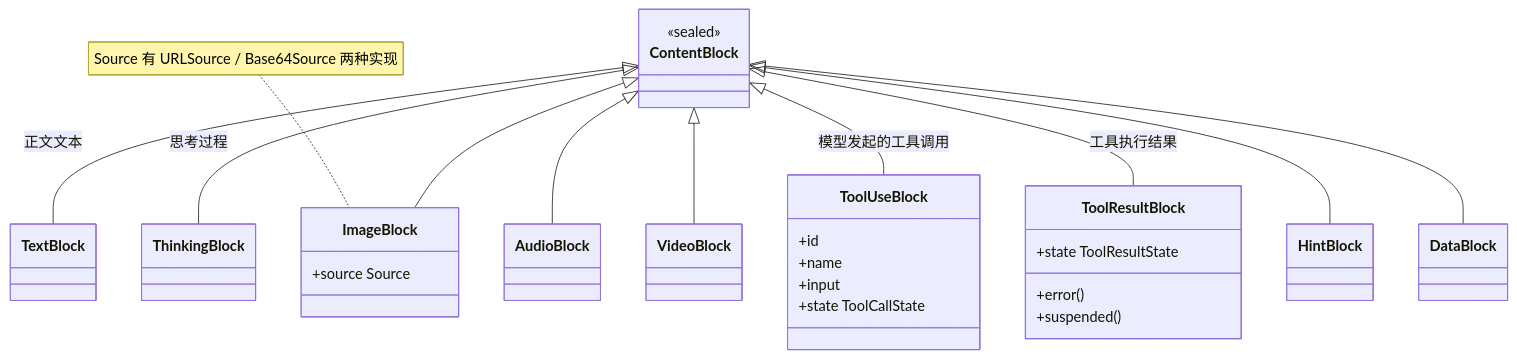
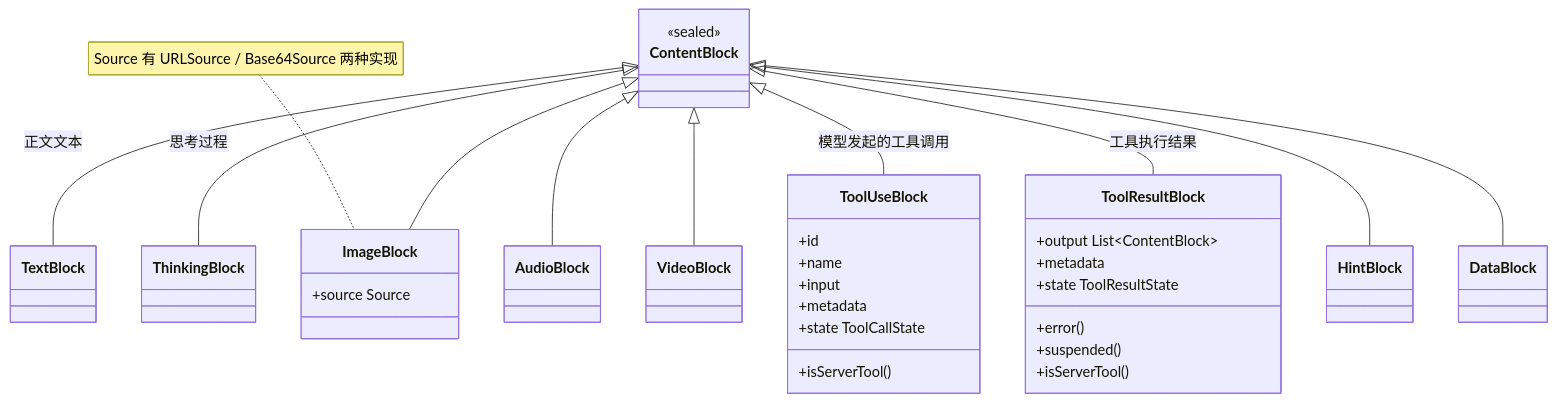
The first of 5 diagrams in 02-消息与状态模型.md (liulangjietou/AgentScope-source-analysis), drawn with Mermaid before and after one commit. The commit also changed other lines of this file, not shown here.

````diff
--- a/02-消息与状态模型.md
+++ b/02-消息与状态模型.md
@@ -32,30 +44,35 @@
 ```mermaid
 classDiagram
     class ContentBlock {
         <<sealed>>
     }
     ContentBlock <|-- TextBlock : 正文文本
     ContentBlock <|-- ThinkingBlock : 思考过程
     ContentBlock <|-- ImageBlock
     ContentBlock <|-- AudioBlock
     ContentBlock <|-- VideoBlock
     ContentBlock <|-- ToolUseBlock : 模型发起的工具调用
     ContentBlock <|-- ToolResultBlock : 工具执行结果
     ContentBlock <|-- HintBlock
     ContentBlock <|-- DataBlock
     class ToolUseBlock {
         +id
         +name
         +input
+        +metadata
         +state ToolCallState
+        +isServerTool()
     }
     class ToolResultBlock {
+        +output List~ContentBlock~
+        +metadata
         +state ToolResultState
         +error()
         +suspended()
+        +isServerTool()
     }
     class ImageBlock {
         +source Source
     }
     note for ImageBlock "Source 有 URLSource / Base64Source 两种实现"
 ```
````
